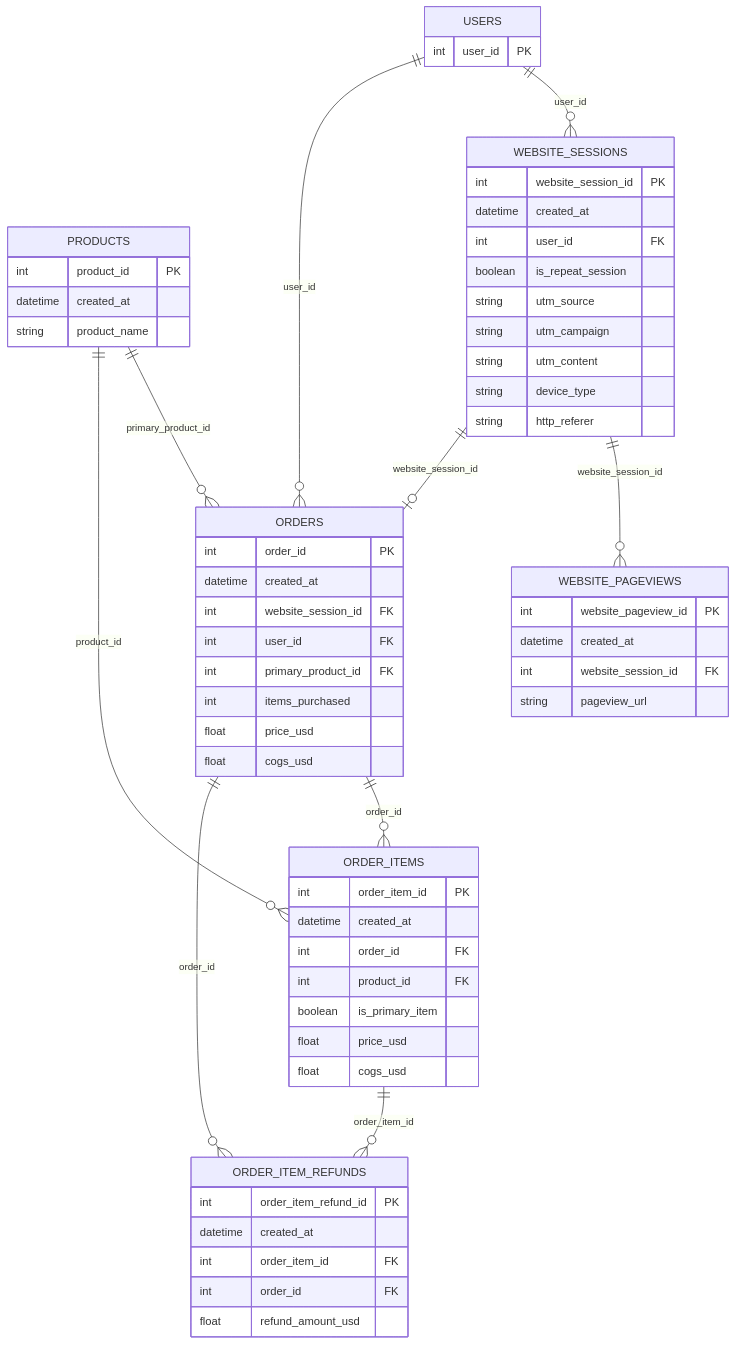
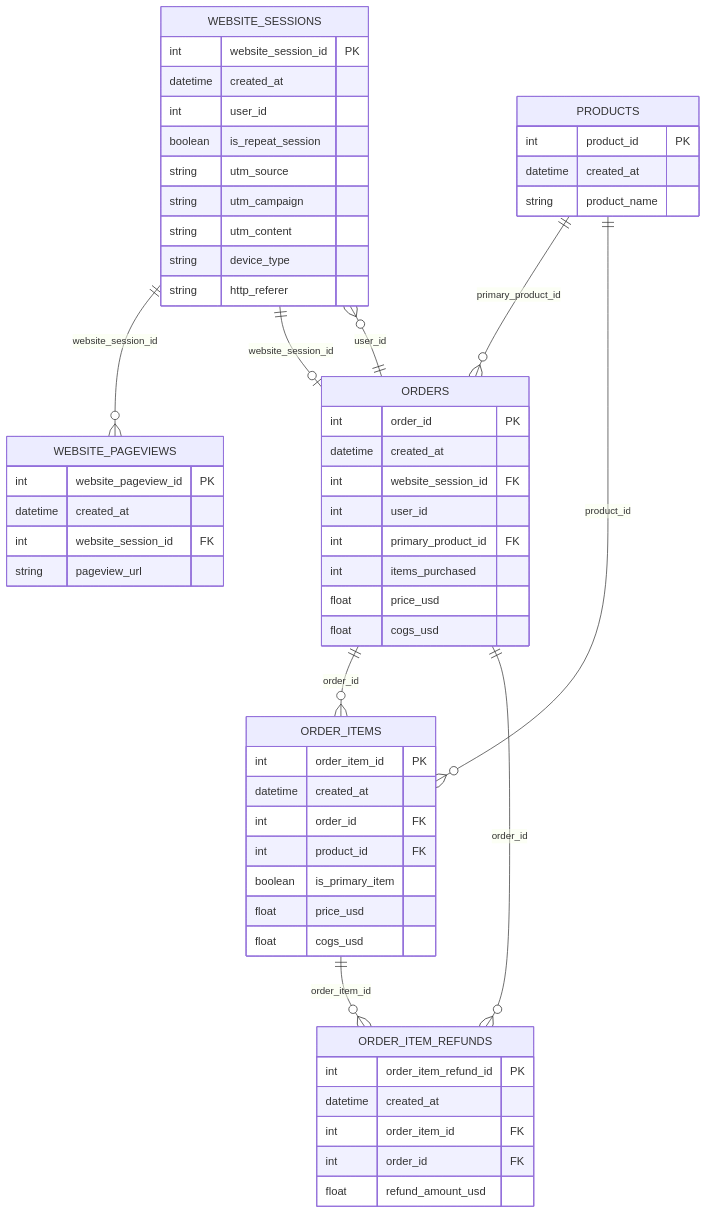
Before and after one commit to Jayko001/SeniorDesign: the diagram in dataset_exploration/er_diagram.md, drawn with Mermaid.

````diff
--- a/dataset_exploration/er_diagram.md
+++ b/dataset_exploration/er_diagram.md
@@ -1,78 +1,72 @@
 ```mermaid
 erDiagram
-
-    USERS {
-        int user_id PK
-    }
 
     PRODUCTS {
         int product_id PK
         datetime created_at
         string product_name
     }
 
     WEBSITE_SESSIONS {
         int website_session_id PK
         datetime created_at
-        int user_id FK
+        int user_id
         boolean is_repeat_session
         string utm_source
         string utm_campaign
         string utm_content
         string device_type
         string http_referer
     }
 
     WEBSITE_PAGEVIEWS {
         int website_pageview_id PK
         datetime created_at
         int website_session_id FK
         string pageview_url
     }
 
     ORDERS {
         int order_id PK
         datetime created_at
         int website_session_id FK
-        int user_id FK
+        int user_id
         int primary_product_id FK
         int items_purchased
         float price_usd
         float cogs_usd
     }
 
     ORDER_ITEMS {
         int order_item_id PK
         datetime created_at
         int order_id FK
         int product_id FK
         boolean is_primary_item
         float price_usd
         float cogs_usd
     }
 
     ORDER_ITEM_REFUNDS {
         int order_item_refund_id PK
         datetime created_at
         int order_item_id FK
         int order_id FK
         float refund_amount_usd
     }
 
-    %% === Key-based relationships ===
-
-    USERS ||--o{ WEBSITE_SESSIONS : user_id
-    USERS ||--o{ ORDERS : user_id
-
+    %% === FK-based relationships ===
     WEBSITE_SESSIONS ||--o{ WEBSITE_PAGEVIEWS : website_session_id
     WEBSITE_SESSIONS ||--o| ORDERS : website_session_id
 
     PRODUCTS ||--o{ ORDERS : primary_product_id
     PRODUCTS ||--o{ ORDER_ITEMS : product_id
 
     ORDERS ||--o{ ORDER_ITEMS : order_id
     ORDERS ||--o{ ORDER_ITEM_REFUNDS : order_id
 
     ORDER_ITEMS ||--o{ ORDER_ITEM_REFUNDS : order_item_id
 
+    %% === Logical (non-FK) relationships ===
+    WEBSITE_SESSIONS }o--|| ORDERS : user_id
 ```
````
